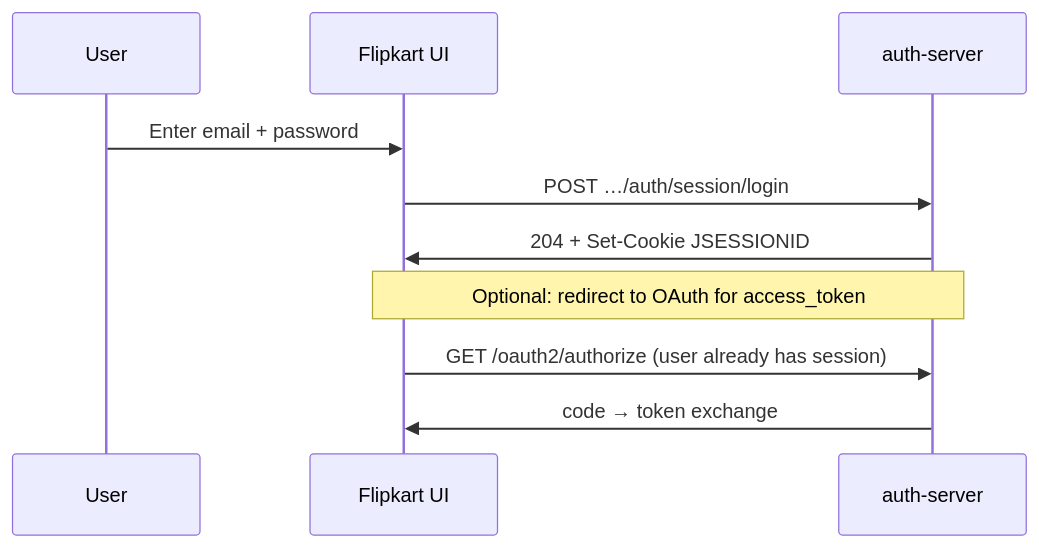
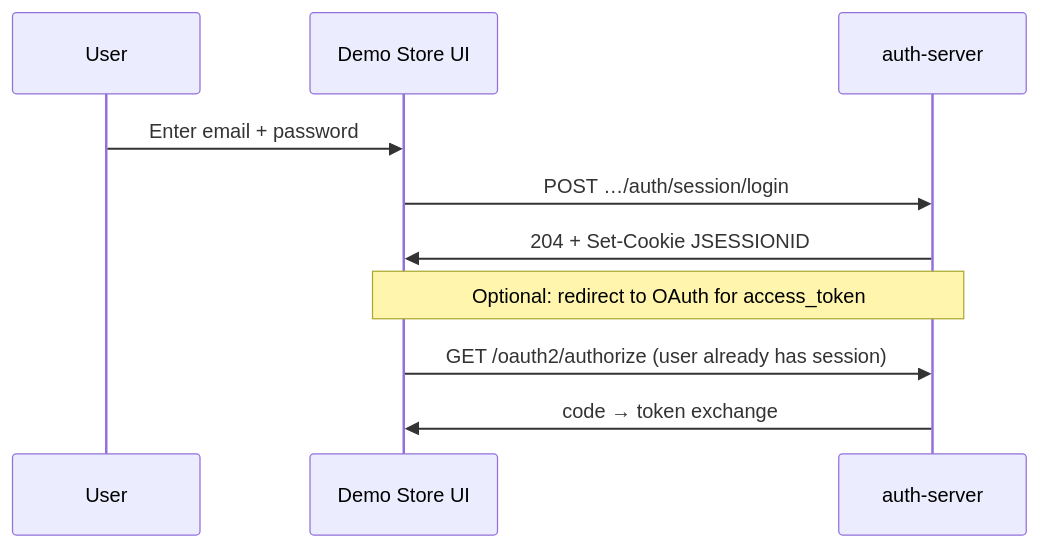
One commit to DTAVS0108/secureon changed the second of 2 diagrams in docs/23-application-integration-guide.md. Above: the diagram before and after it, drawn with Mermaid. The commit also changed other lines of this file and 390 other files, not shown here.

First line of the commit message:
Ship one-image deployment, config as code, safe upgrades and hashed client secrets

````diff
--- a/docs/23-application-integration-guide.md
+++ b/docs/23-application-integration-guide.md
@@ -224,12 +255,12 @@
 ```mermaid
 sequenceDiagram
   participant User
-  participant Flipkart as Flipkart UI
+  participant Store as Demo Store UI
   participant SecureOne as auth-server
-  User->>Flipkart: Enter email + password
-  Flipkart->>SecureOne: POST …/auth/session/login
-  SecureOne->>Flipkart: 204 + Set-Cookie JSESSIONID
-  Note over Flipkart,SecureOne: Optional: redirect to OAuth for access_token
-  Flipkart->>SecureOne: GET /oauth2/authorize (user already has session)
-  SecureOne->>Flipkart: code → token exchange
+  User->>Store: Enter email + password
+  Store->>SecureOne: POST …/auth/session/login
+  SecureOne->>Store: 204 + Set-Cookie JSESSIONID
+  Note over Store,SecureOne: Optional: redirect to OAuth for access_token
+  Store->>SecureOne: GET /oauth2/authorize (user already has session)
+  SecureOne->>Store: code → token exchange
 ```
````
